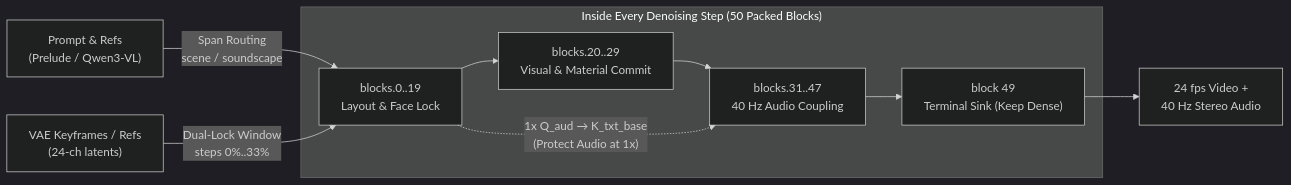
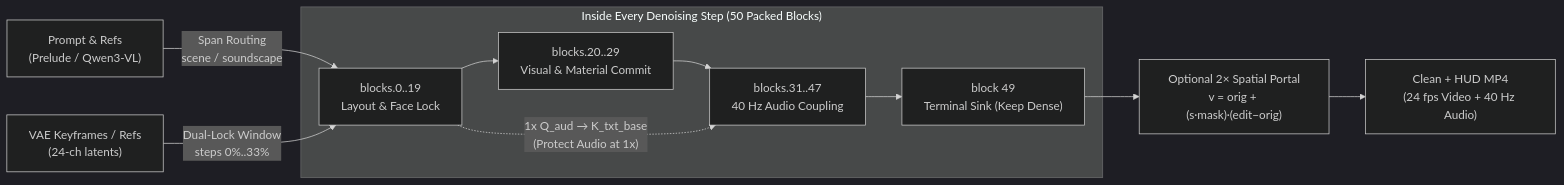
One commit to fblissjr/ComfyUI-h3-explorations changed the diagram in docs/wiki/core/h3_inside_the_50_blocks.md. Above: the diagram before and after it, drawn with Mermaid (dark theme). The commit also changed other lines of this file and 4 other files, not shown here.

First line of the commit message:
docs,control_vectors: consolidate HUD portal 'So What' wiki and align adult-only 192f/243f rules

````diff
--- a/docs/wiki/core/h3_inside_the_50_blocks.md
+++ b/docs/wiki/core/h3_inside_the_50_blocks.md
@@ -109,14 +109,15 @@
 ```mermaid
 flowchart LR
   P["Prompt &amp; Refs<br/>(Prelude / Qwen3-VL)"] -->|"Span Routing<br/>scene / soundscape"| B1
   V["VAE Keyframes / Refs<br/>(24-ch latents)"] -->|"Dual-Lock Window<br/>steps 0%..33%"| B1
 
   subgraph STEP["Inside Every Denoising Step (50 Packed Blocks)"]
     B1["blocks.0..19<br/>Layout &amp; Face Lock"] --> B2["blocks.20..29<br/>Visual &amp; Material Commit"]
     B2 --> B3["blocks.31..47<br/>40 Hz Audio Coupling"]
     B3 --> B4["block 49<br/>Terminal Sink (Keep Dense)"]
     B1 -.->|"1x Q_aud → K_txt_base<br/>(Protect Audio at 1x)"| B3
   end
 
-  B4 --> OUT["24 fps Video +<br/>40 Hz Stereo Audio"]
+  B4 --> EG["Optional 2× Spatial Portal<br/>v = orig + (s·mask)·(edit−orig)"]
+  EG --> OUT["Clean + HUD MP4<br/>(24 fps Video + 40 Hz Audio)"]
 ```
````
